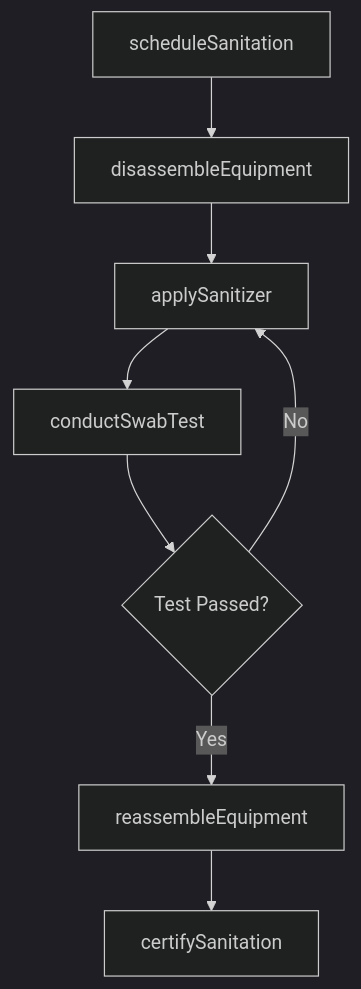
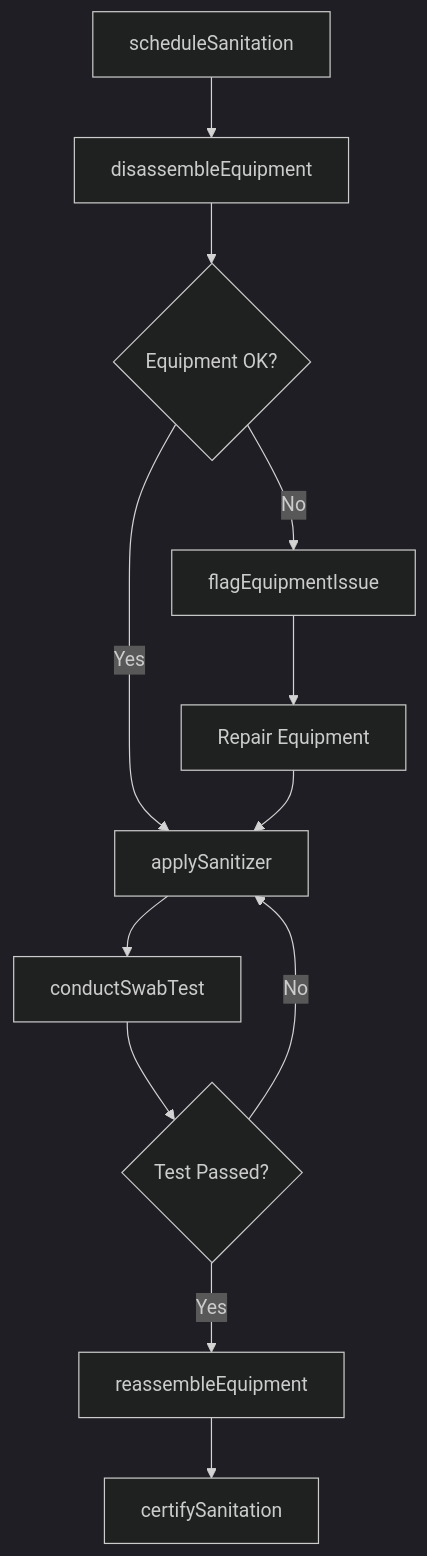
One commit to dot-org-ai/tasks.org.ai changed the third of 4 diagrams in PerformingGeneralPhysicalActivities/CleanToolsEquipmentFacilitiesOrWorkAreas/SterilizeFoodCookingProcessingEquipment.mdx. Above: the diagram before and after it, drawn with Mermaid (dark theme). The commit also changed other lines of this file and 504 other files, not shown here.

First line of the commit message:
feat: Add ER diagrams, state diagrams, and workflow improvements to 96 DWA task files

````diff
--- a/PerformingGeneralPhysicalActivities/CleanToolsEquipmentFacilitiesOrWorkAreas/SterilizeFoodCookingProcessingEquipment.mdx
+++ b/PerformingGeneralPhysicalActivities/CleanToolsEquipmentFacilitiesOrWorkAreas/SterilizeFoodCookingProcessingEquipment.mdx
@@ -88,10 +117,14 @@
 ```mermaid
 graph TD
     A[scheduleSanitation] --> B[disassembleEquipment]
-    B --> C[applySanitizer]
+    B --> B1{Equipment OK?}
+    B1 -->|Yes| C[applySanitizer]
+    B1 -->|No| B2[flagEquipmentIssue]
+    B2 --> B3[Repair Equipment]
+    B3 --> C
     C --> D[conductSwabTest]
     D --> E{Test Passed?}
     E -->|Yes| F[reassembleEquipment]
     E -->|No| C
     F --> G[certifySanitation]
 ```
````
